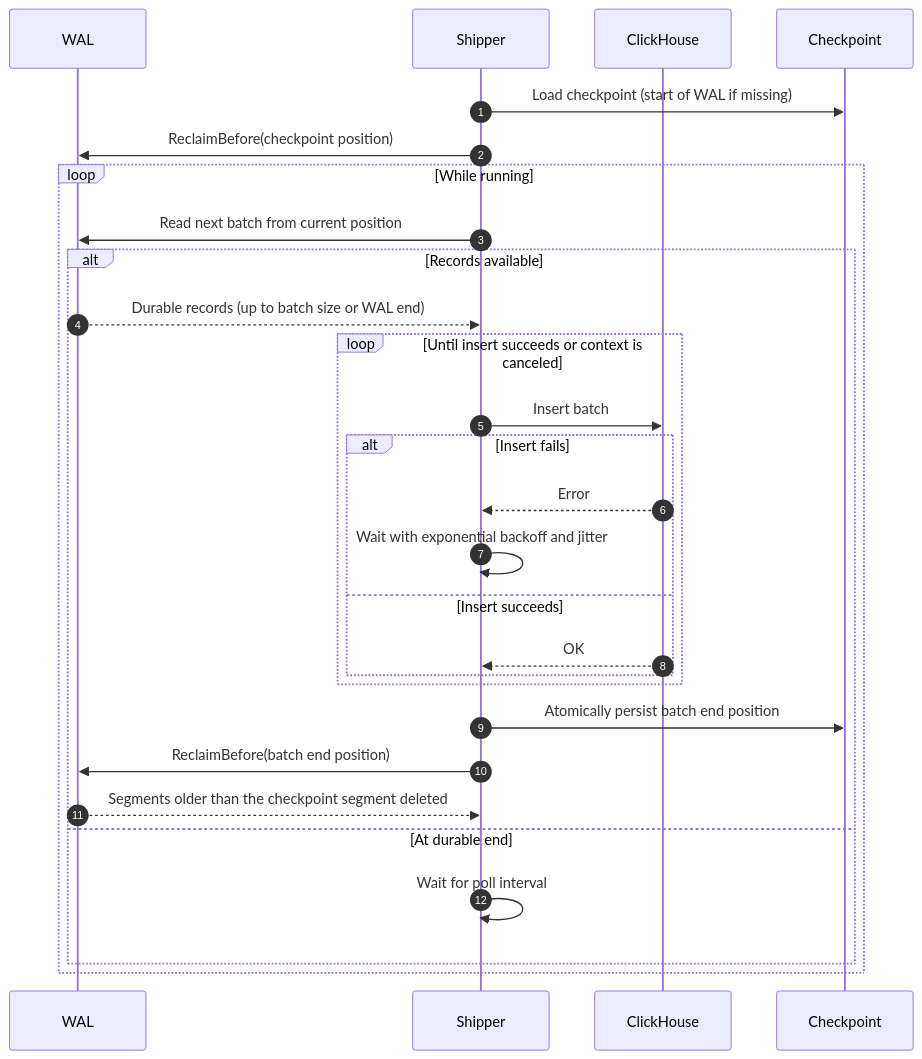
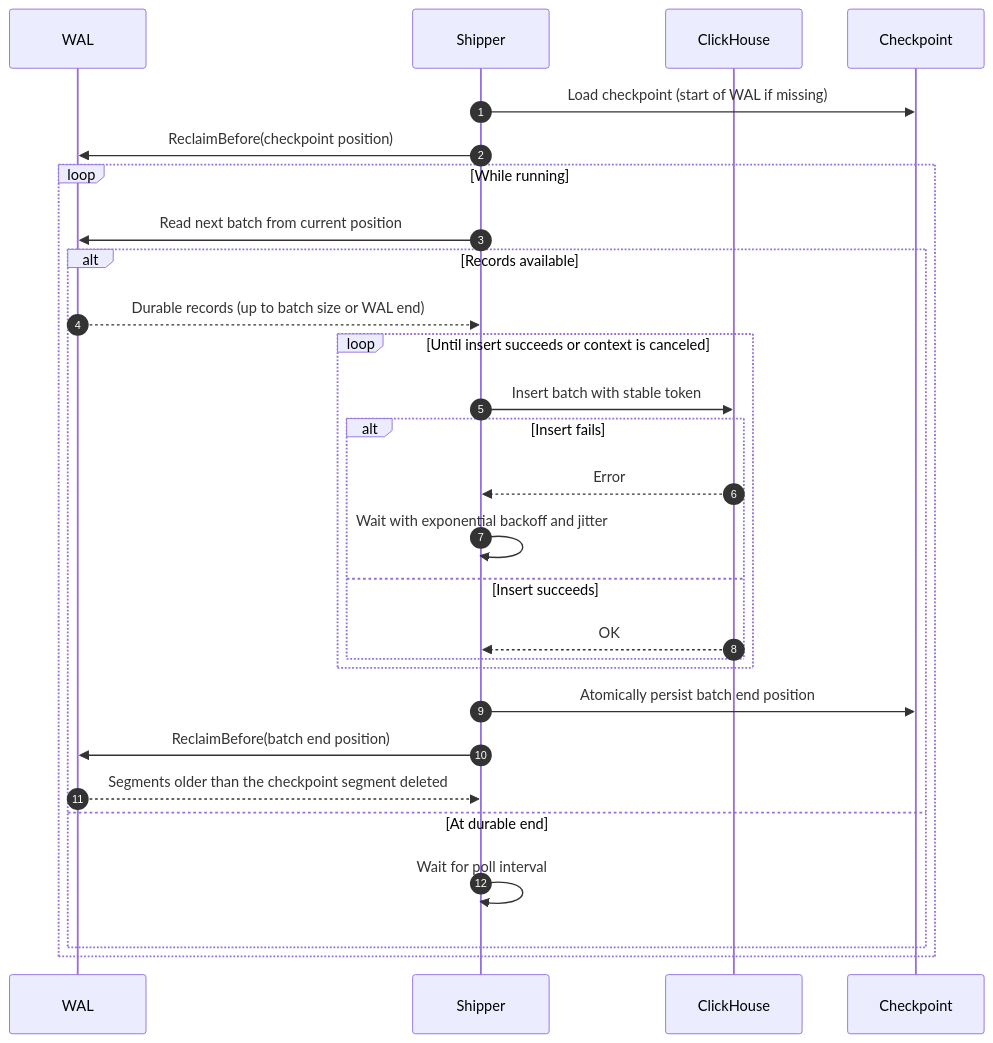
One commit to PratyushVishal11011/Fairgate changed diagram 14 of 15 in README.md. Above: the diagram before and after it, drawn with Mermaid. The commit also changed other lines of this file and 9 other files, not shown here.

Commit message:
Stable batch tokens and ClickHouse event identity

````diff
--- a/README.md
+++ b/README.md
@@ -720,31 +734,31 @@
 ```mermaid
 sequenceDiagram
     autonumber
     participant W as WAL
     participant SH as Shipper
     participant DB as ClickHouse
     participant CK as Checkpoint
 
     SH->>CK: Load checkpoint (start of WAL if missing)
     SH->>W: ReclaimBefore(checkpoint position)
     loop While running
         SH->>W: Read next batch from current position
         alt Records available
             W-->>SH: Durable records (up to batch size or WAL end)
             loop Until insert succeeds or context is canceled
-                SH->>DB: Insert batch
+                SH->>DB: Insert batch with stable token
                 alt Insert fails
                     DB-->>SH: Error
                     SH->>SH: Wait with exponential backoff and jitter
                 else Insert succeeds
                     DB-->>SH: OK
                 end
             end
             SH->>CK: Atomically persist batch end position
             SH->>W: ReclaimBefore(batch end position)
             W-->>SH: Segments older than the checkpoint segment deleted
         else At durable end
             SH->>SH: Wait for poll interval
         end
     end
 ```
````
